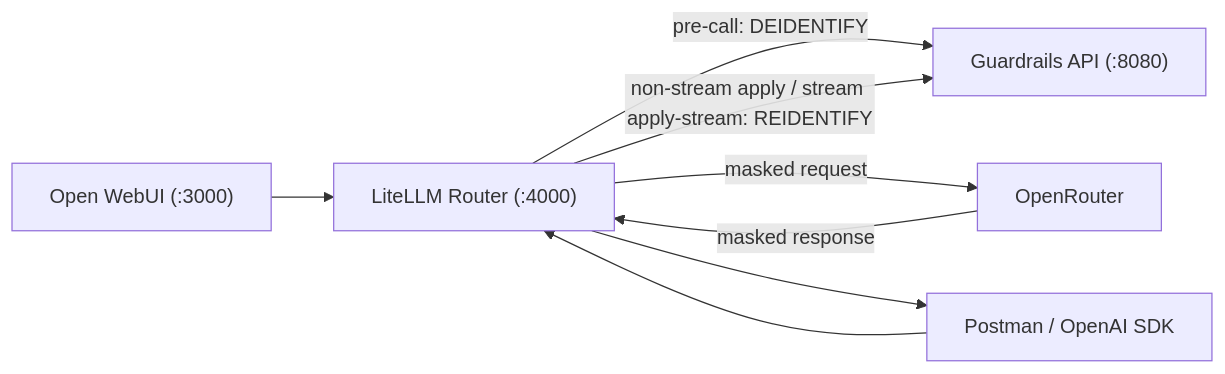
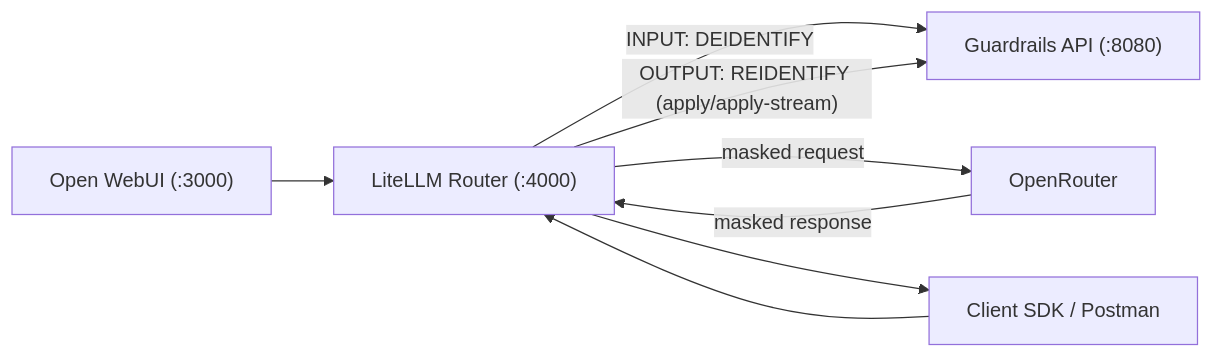
Before and after one commit to antimatter-ai-org/guardrails: the diagram in integrations/litellm_openrouter/README.md, drawn with Mermaid. The commit also changed other lines of this file and 124 other files, not shown here.

````diff
--- a/integrations/litellm_openrouter/README.md
+++ b/integrations/litellm_openrouter/README.md
@@ -20,10 +15,10 @@
 ```mermaid
 flowchart LR
     U["Open WebUI (:3000)"] --> R["LiteLLM Router (:4000)"]
-    C["Postman / OpenAI SDK"] --> R
-    R -->|pre-call: DEIDENTIFY| G["Guardrails API (:8080)"]
-    R -->|masked request| O["OpenRouter"]
-    O -->|masked response| R
-    R -->|non-stream apply / stream apply-stream: REIDENTIFY| G
+    C["Client SDK / Postman"] --> R
+    R -->|"INPUT: DEIDENTIFY"| G["Guardrails API (:8080)"]
+    R -->|"masked request"| O["OpenRouter"]
+    O -->|"masked response"| R
+    R -->|"OUTPUT: REIDENTIFY (apply/apply-stream)"| G
     R --> C
 ```
````
